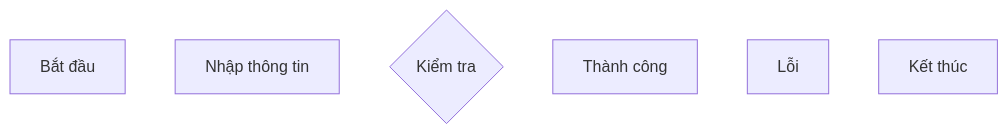
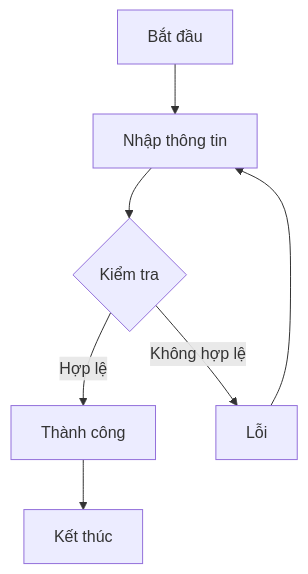
One commit to sangnguyenfa123/hoc-mermaid changed the diagram in README.md. Above: the diagram before and after it, drawn with Mermaid.

````diff
--- a/README.md
+++ b/README.md
@@ -3,9 +3,15 @@
 ```mermaid 
 graph TD 
     Start[Bắt đầu] 
     Input[Nhập thông tin] 
     Validate{Kiểm tra} 
     Success[Thành công] 
     Error[Lỗi] 
-    End[Kết thúc] 
+    End[Kết thúc]
+    Start --> Input 
+    Input --> Validate 
+    Validate -->|Hợp lệ| Success 
+    Validate -->|Không hợp lệ| Error 
+    Success --> End 
+    Error --> Input 
 ```
````
